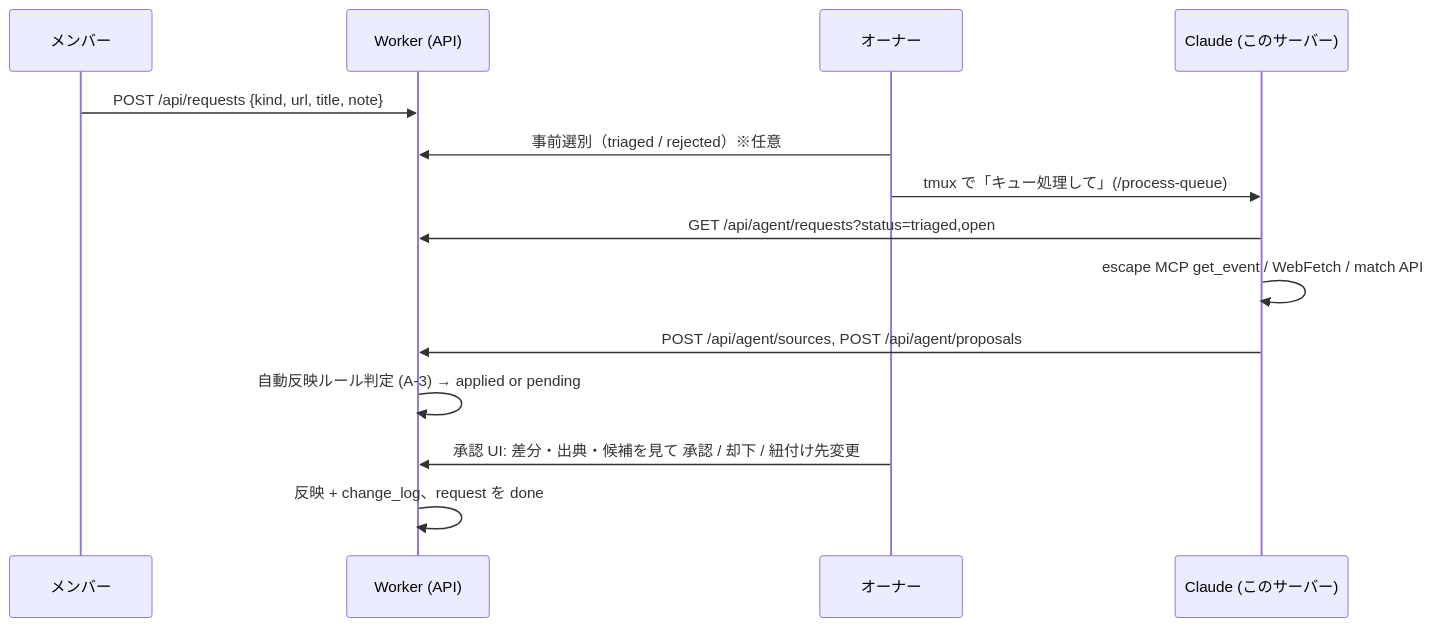
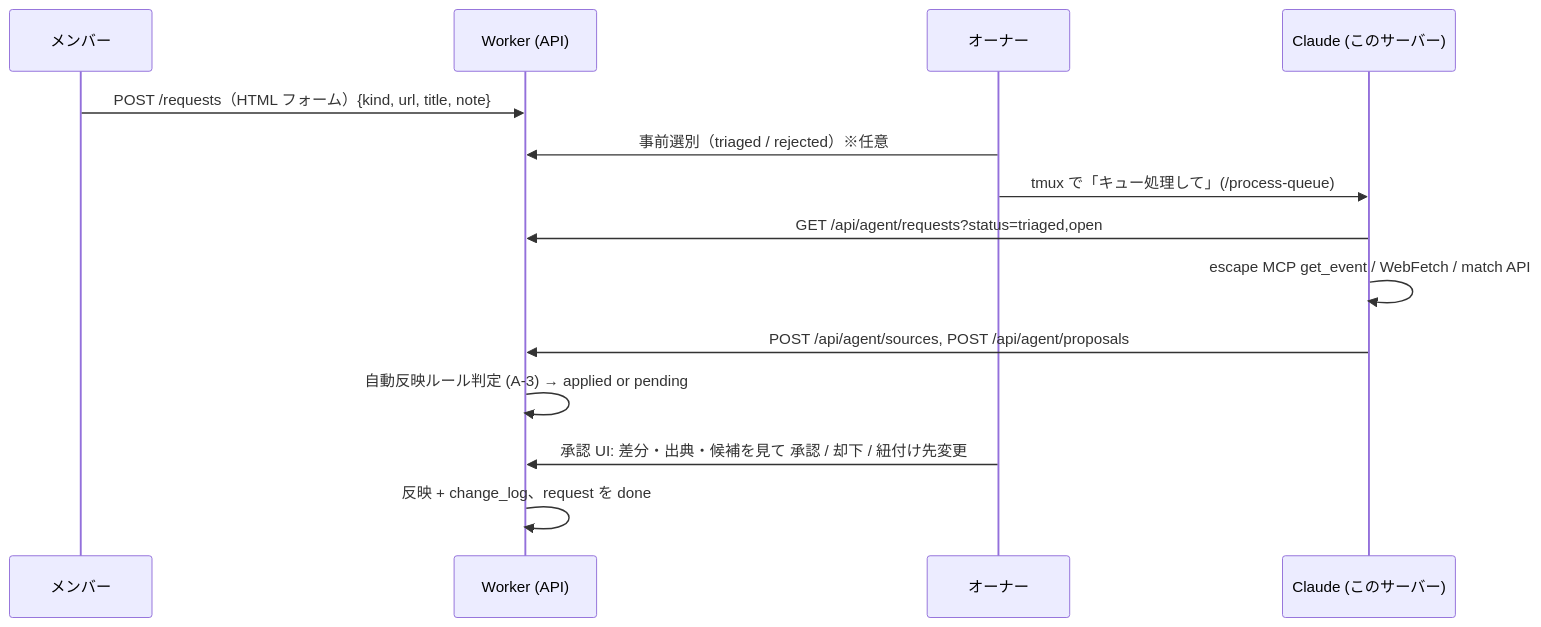
Before and after one commit to ShinoharaTa/nazo-tracker: the diagram in docs/agent-pipeline.md, drawn with Mermaid. The commit also changed other lines of this file and 8 other files, not shown here.

````diff
--- a/docs/agent-pipeline.md
+++ b/docs/agent-pipeline.md
@@ -5,16 +5,16 @@
 ```mermaid
 sequenceDiagram
   participant M as メンバー
   participant W as Worker (API)
   participant O as オーナー
   participant C as Claude (このサーバー)
-  M->>W: POST /api/requests {kind, url, title, note}
+  M->>W: POST /requests（HTML フォーム）{kind, url, title, note}
   O->>W: 事前選別（triaged / rejected）※任意
   O->>C: tmux で「キュー処理して」(/process-queue)
   C->>W: GET /api/agent/requests?status=triaged,open
   C->>C: escape MCP get_event / WebFetch / match API
   C->>W: POST /api/agent/sources, POST /api/agent/proposals
   W->>W: 自動反映ルール判定 (A-3) → applied or pending
   O->>W: 承認 UI: 差分・出典・候補を見て 承認 / 却下 / 紐付け先変更
   W->>W: 反映 + change_log、request を done
 ```
````
